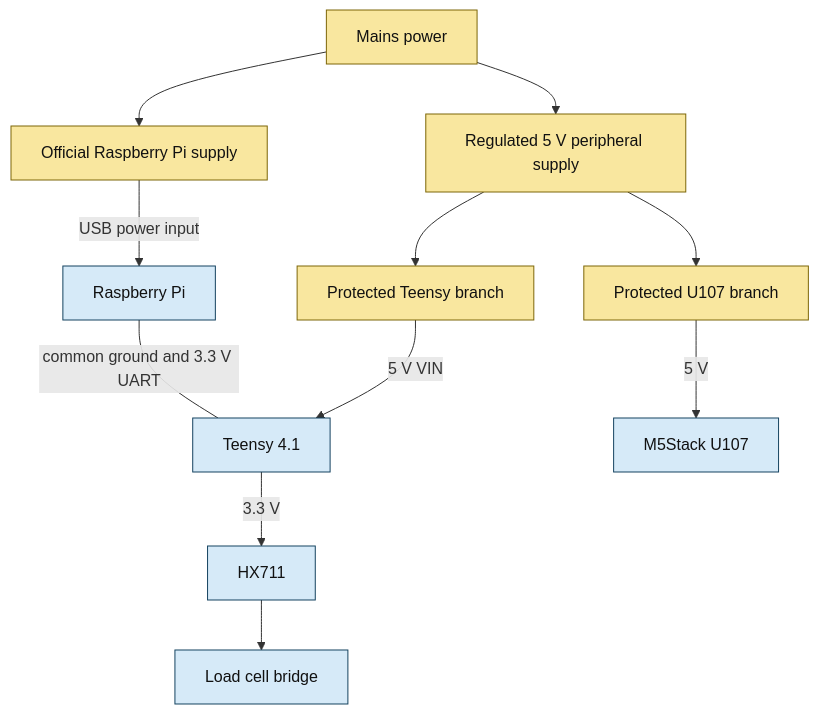
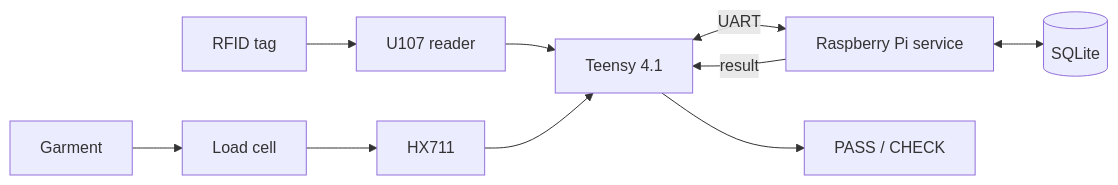
One commit to robertkirsten/laundrybox changed the diagram in docs/ARCHITECTURE.md. Above: the diagram before and after it, drawn with Mermaid. The commit also changed other lines of this file, not shown here.

Commit message:
Simplify architecture docs

````diff
--- a/docs/ARCHITECTURE.md
+++ b/docs/ARCHITECTURE.md
@@ -341,18 +22,10 @@
 ```mermaid
-flowchart TB
-    mains[Mains power] --> pipsu[Official Raspberry Pi supply]
-    mains --> auxpsu[Regulated 5 V peripheral supply]
-    pipsu -->|USB power input| pi[Raspberry Pi]
-    auxpsu --> fuse1[Protected Teensy branch]
-    auxpsu --> fuse2[Protected U107 branch]
-    fuse1 -->|5 V VIN| teensy[Teensy 4.1]
-    fuse2 -->|5 V| u107[M5Stack U107]
-    teensy -->|3.3 V| hx[HX711]
-    hx --> cell[Load cell bridge]
-    pi ---|common ground and 3.3 V UART| teensy
-
-    classDef supply fill:#f9e79f,stroke:#7d6608,color:#111;
-    classDef board fill:#d6eaf8,stroke:#154360,color:#111;
-    class mains,pipsu,auxpsu,fuse1,fuse2 supply;
-    class pi,teensy,u107,hx,cell board;
+flowchart LR
+    tag[RFID tag] --> u107[U107 reader]
+    garment[Garment] --> cell[Load cell] --> hx[HX711]
+    u107 --> teensy[Teensy 4.1]
+    hx --> teensy
+    teensy <-->|UART| pi[Raspberry Pi service]
+    pi <--> db[(SQLite)]
+    pi -->|result| teensy --> lights[PASS / CHECK]
 ```
````
